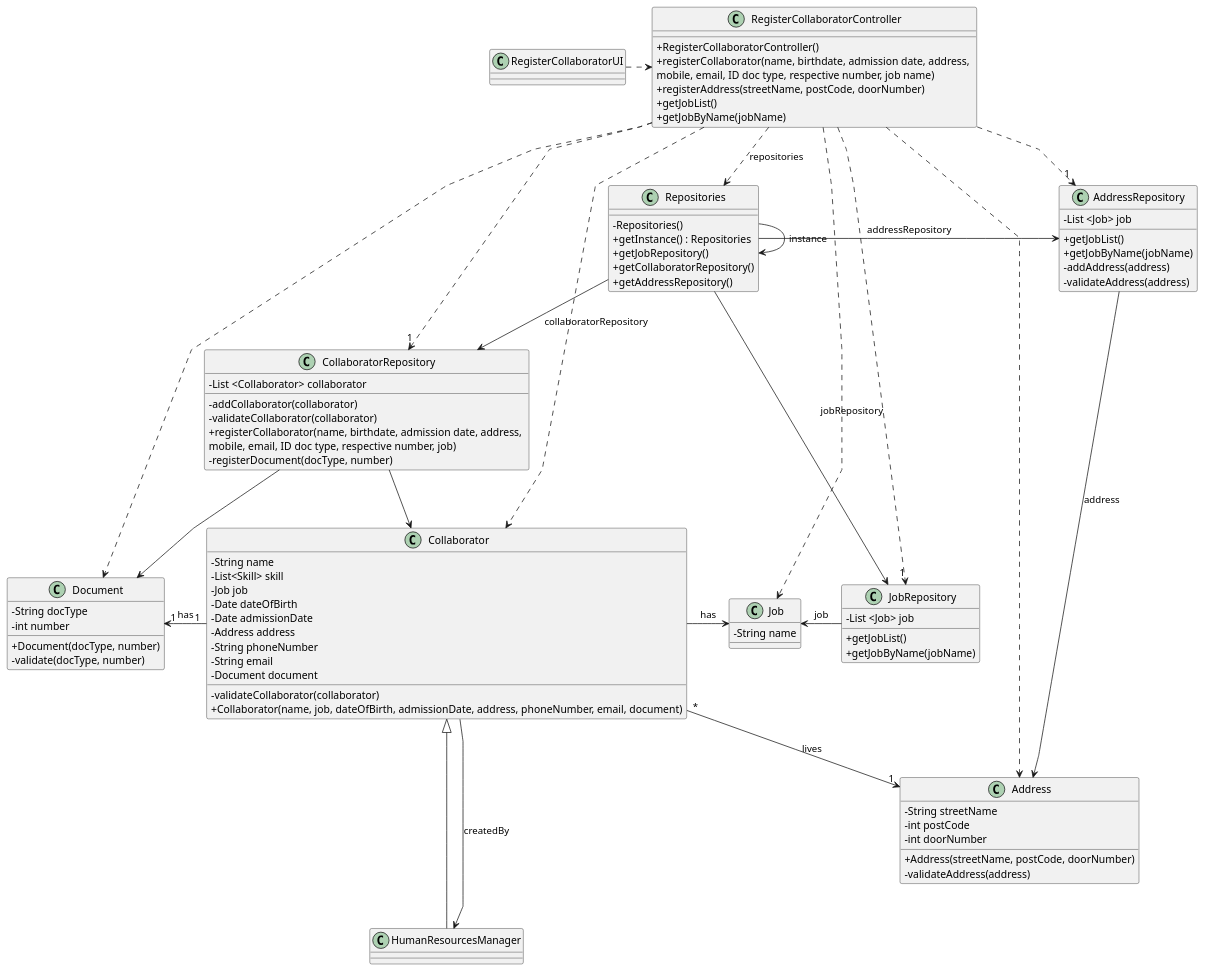
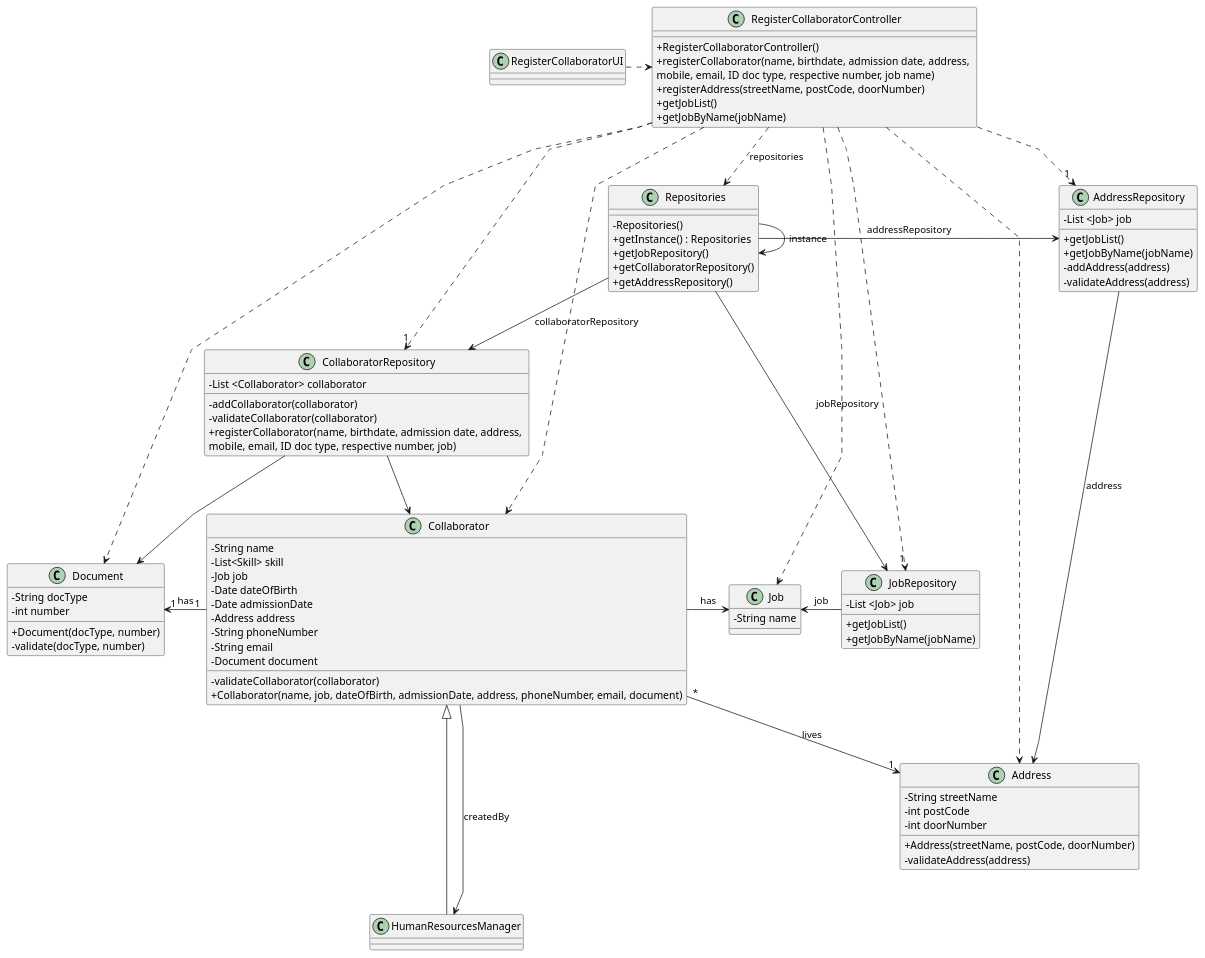
Before and after one commit to Departamento-de-Engenharia-Informatica/lei-24-s2-1db-g022: the diagram in docs/sprint2/us03/03.design/puml/us03-class-diagram.puml, drawn with PlantUML. The commit also changed 1 other file, not shown here.

Commit message:
us03-diagrams-rectification

```diff
--- a/docs/sprint2/us03/03.design/puml/us03-class-diagram.puml
+++ b/docs/sprint2/us03/03.design/puml/us03-class-diagram.puml
@@ -1,129 +1,128 @@
 @startuml
 'skinparam monochrome true
 skinparam packageStyle rectangle
 skinparam shadowing false
 skinparam linetype polyline
 'skinparam linetype orto
 
 skinparam classAttributeIconSize 0
 
 'left to right direction
 
 
 class RegisterCollaboratorController {
 
     + RegisterCollaboratorController()
     + registerCollaborator(name, birthdate, admission date, address, \nmobile, email, ID doc type, respective number, job name)
     + registerAddress(streetName, postCode, doorNumber)
     + getJobList()
     + getJobByName(jobName)
 }
 
 class RegisterCollaboratorUI {
 }
 
 class Collaborator {
     -String name
     -List<Skill> skill
     -Job job
     -Date dateOfBirth
     -Date admissionDate
     -Address address
     -String phoneNumber
     -String email
     -Document document
 
     - validateCollaborator(collaborator)
     + Collaborator(name, job, dateOfBirth, admissionDate, address, phoneNumber, email, document)
 }
 
 class Address {
     -String streetName
     -int postCode
     -int doorNumber
 
     +Address(streetName, postCode, doorNumber)
     -validateAddress(address)
 }
 
 class HumanResourcesManager {
 }
 
 class Repositories {
 
     - Repositories()
     + getInstance() : Repositories
     + getJobRepository()
     + getCollaboratorRepository()
     + getAddressRepository()
 }
 
 class JobRepository {
     - List <Job> job
 
     + getJobList()
     + getJobByName(jobName)
 }
 
 class AddressRepository {
     - List <Job> job
 
     + getJobList()
     + getJobByName(jobName)
     -addAddress(address)
     -validateAddress(address)
 }
 
 class CollaboratorRepository {
     - List <Collaborator> collaborator
 
     - addCollaborator(collaborator)
     - validateCollaborator(collaborator)
     + registerCollaborator(name, birthdate, admission date, address, \nmobile, email, ID doc type, respective number, job)
-    - registerDocument(docType, number)
 }
 
 class Job {
     -String name
 }
 
 class Document {
     -String docType
     -int number
 
     +Document(docType, number)
     -validate(docType, number)
 }
 
 Collaborator  <|---  HumanResourcesManager
 Collaborator  -> Job : has
 Collaborator "*" --> "1" Address : lives
 
 HumanResourcesManager <--  Collaborator: createdBy
 
 RegisterCollaboratorController .> Repositories : repositories
 RegisterCollaboratorController ..> "1" JobRepository
 RegisterCollaboratorController ...> "1" CollaboratorRepository
 RegisterCollaboratorController ..> "1" AddressRepository
 RegisterCollaboratorController ..> Collaborator
 RegisterCollaboratorController ..> Job
 RegisterCollaboratorController ..> Address
 RegisterCollaboratorController ..> Document
 
 RegisterCollaboratorUI .> RegisterCollaboratorController
 
 Repositories -> Repositories : instance
 Repositories -> JobRepository : jobRepository
 Repositories -> AddressRepository : addressRepository
 Repositories --> CollaboratorRepository : collaboratorRepository
 
 CollaboratorRepository --> Collaborator
 CollaboratorRepository --> Document
 
 Job <- JobRepository : job
 
 AddressRepository -> Address : address
 
 Document "1" <- "1" Collaborator : has
 
 @enduml
```
